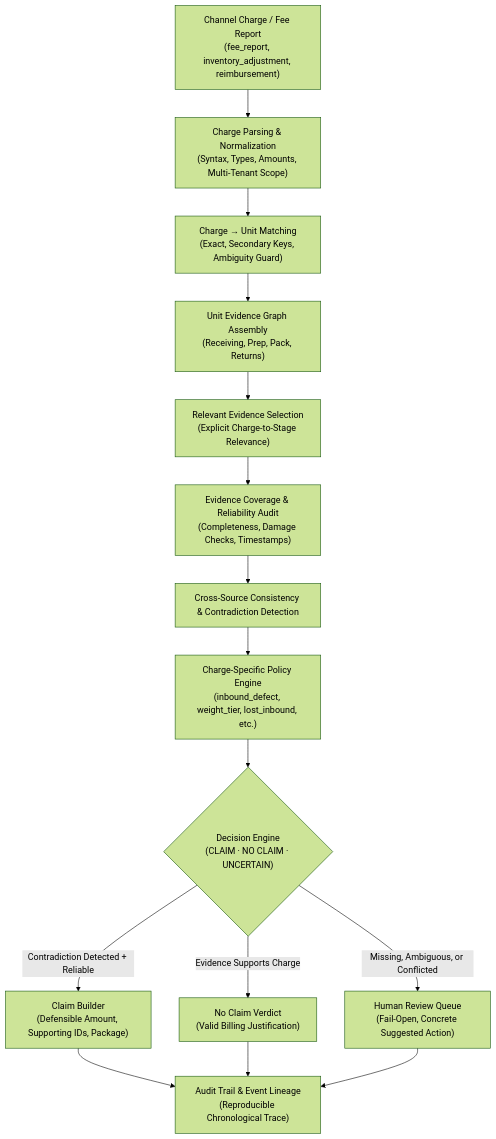
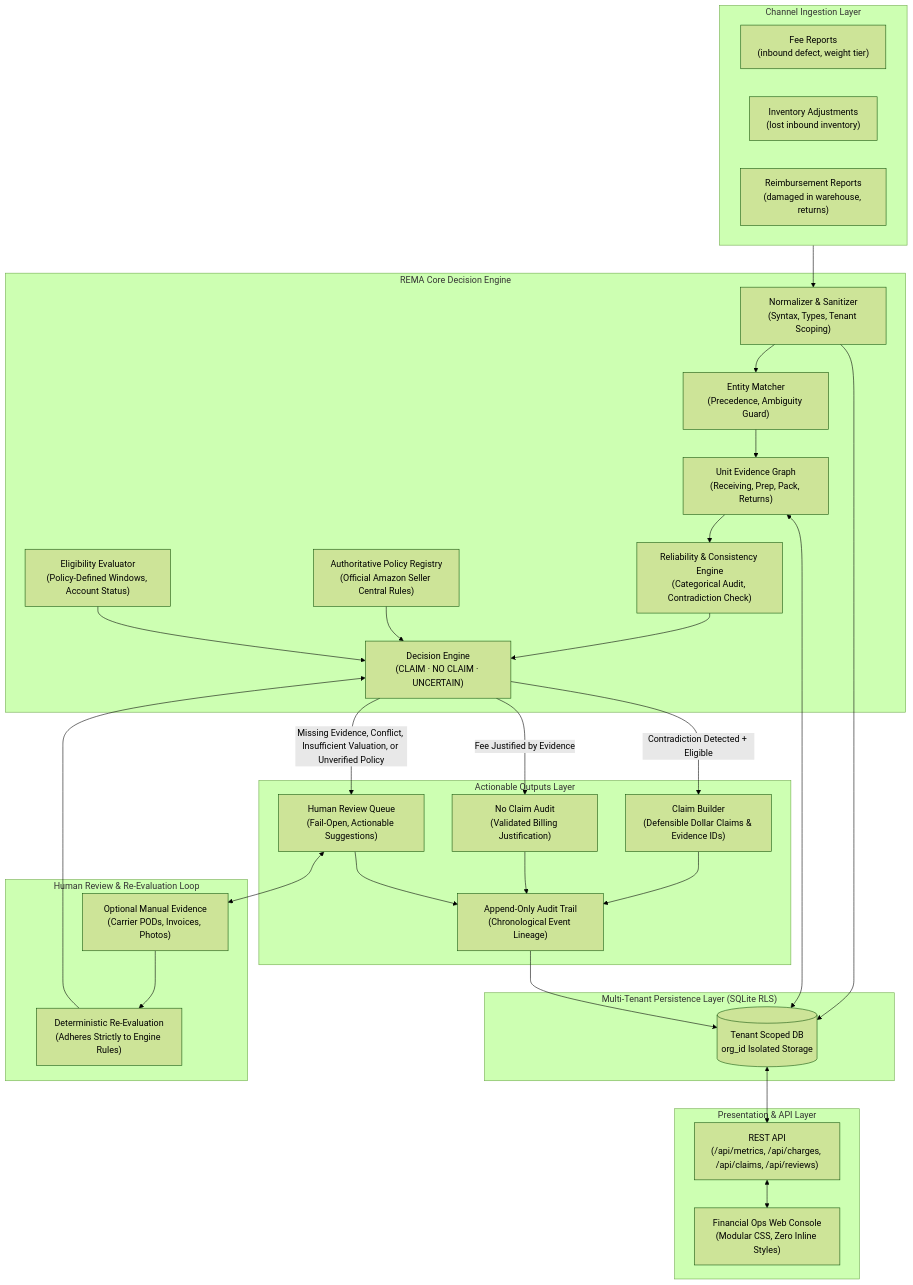
The first of 2 diagrams in ARCHITECTURE.md (javali-ch/cube26-rcy-0013-javali-ch), drawn with Mermaid (forest theme) before and after one commit. The commit also changed other lines of this file and 44 other files, not shown here.

Commit message:
amazon rules and additional evidence

````diff
--- a/ARCHITECTURE.md
+++ b/ARCHITECTURE.md
@@ -13,19 +26,61 @@
 ```mermaid
 flowchart TD
-    CC["Channel Charge / Fee Report\n(fee_report, inventory_adjustment, reimbursement)"] --> CP["Charge Parsing & Normalization\n(Syntax, Types, Amounts, Multi-Tenant Scope)"]
-    CP --> CUM["Charge → Unit Matching\n(Exact, Secondary Keys, Ambiguity Guard)"]
-    CUM --> UEG["Unit Evidence Graph Assembly\n(Receiving, Prep, Pack, Returns)"]
-    UEG --> RES["Relevant Evidence Selection\n(Explicit Charge-to-Stage Relevance)"]
-    RES --> ERC["Evidence Coverage & Reliability Audit\n(Completeness, Damage Checks, Timestamps)"]
-    ERC --> CD["Cross-Source Consistency & Contradiction Detection"]
-    CD --> CPE["Charge-Specific Policy Engine\n(inbound_defect, weight_tier, lost_inbound, etc.)"]
-    CPE --> DE{"Decision Engine\n(CLAIM · NO CLAIM · UNCERTAIN)"}
-    
-    DE -->|Contradiction Detected + Reliable| CB["Claim Builder\n(Defensible Amount, Supporting IDs, Package)"]
-    DE -->|Evidence Supports Charge| NC["No Claim Verdict\n(Valid Billing Justification)"]
-    DE -->|Missing, Ambiguous, or Conflicted| RQ["Human Review Queue\n(Fail-Open, Concrete Suggested Action)"]
-    
-    CB --> AT["Audit Trail & Event Lineage\n(Reproducible Chronological Trace)"]
-    NC --> AT
-    RQ --> AT
+    subgraph ChannelInputs["Channel Ingestion Layer"]
+        FR["Fee Reports\n(inbound defect, weight tier)"]
+        IA["Inventory Adjustments\n(lost inbound inventory)"]
+        CR["Reimbursement Reports\n(damaged in warehouse, returns)"]
+    end
+
+    subgraph CoreEngine["REMA Core Decision Engine"]
+        NORM["Normalizer & Sanitizer\n(Syntax, Types, Tenant Scoping)"]
+        MATCH["Entity Matcher\n(Precedence, Ambiguity Guard)"]
+        UEG["Unit Evidence Graph\n(Receiving, Prep, Pack, Returns)"]
+        RELI["Reliability & Consistency Engine\n(Categorical Audit, Contradiction Check)"]
+        AUTH["Authoritative Policy Registry\n(Official Amazon Seller Central Rules)"]
+        ELIG["Eligibility Evaluator\n(Policy-Defined Windows, Account Status)"]
+        DEC["Decision Engine\n(CLAIM · NO CLAIM · UNCERTAIN)"]
+    end
+
+    subgraph DataStore["Multi-Tenant Persistence Layer (SQLite RLS)"]
+        TDB[("Tenant Scoped DB\norg_id Isolated Storage")]
+    end
+
+    subgraph Outputs["Actionable Outputs Layer"]
+        CB["Claim Builder\n(Defensible Dollar Claims & Evidence IDs)"]
+        NC["No Claim Audit\n(Validated Billing Justification)"]
+        RQ["Human Review Queue\n(Fail-Open, Actionable Suggestions)"]
+        AUDIT["Append-Only Audit Trail\n(Chronological Event Lineage)"]
+    end
+
+    subgraph ReviewLoop["Human Review & Re-Evaluation Loop"]
+        MANUAL["Optional Manual Evidence\n(Carrier PODs, Invoices, Photos)"]
+        REEVAL["Deterministic Re-Evaluation\n(Adheres Strictly to Engine Rules)"]
+    end
+
+    subgraph Presentation["Presentation & API Layer"]
+        API["REST API\n(/api/metrics, /api/charges, /api/claims, /api/reviews)"]
+        UI["Financial Ops Web Console\n(Modular CSS, Zero Inline Styles)"]
+    end
+
+    ChannelInputs --> NORM
+    NORM --> TDB
+    NORM --> MATCH
+    MATCH --> UEG
+    UEG <--> TDB
+    UEG --> RELI
+    RELI --> DEC
+    AUTH --> DEC
+    ELIG --> DEC
+    DEC -->|Contradiction Detected + Eligible| CB
+    DEC -->|Fee Justified by Evidence| NC
+    DEC -->|Missing Evidence, Conflict, Insufficient Valuation, or Unverified Policy| RQ
+    CB --> AUDIT
+    NC --> AUDIT
+    RQ --> AUDIT
+    RQ <--> MANUAL
+    MANUAL --> REEVAL
+    REEVAL --> DEC
+    AUDIT --> TDB
+    TDB <--> API
+    API <--> UI
 ```
````
